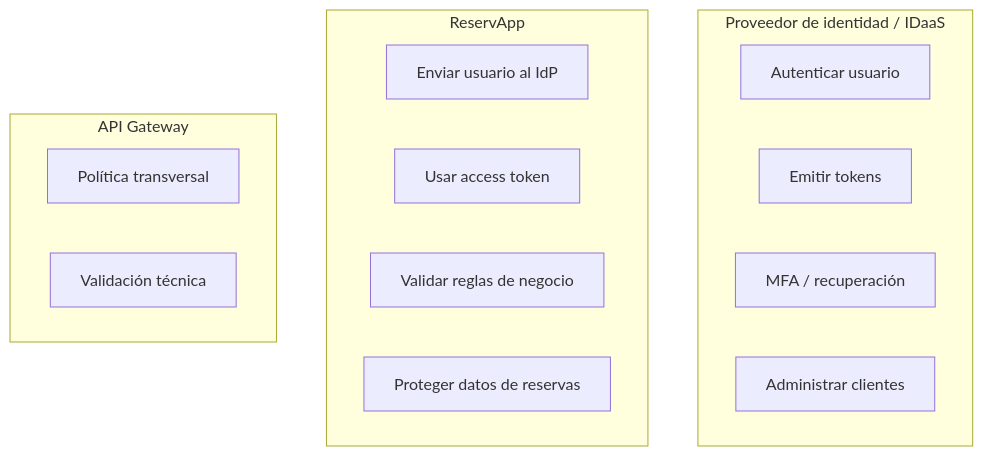
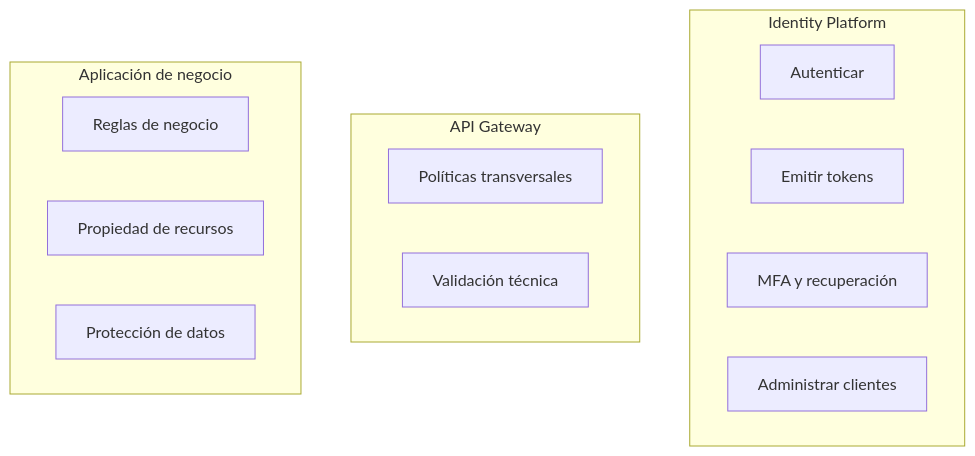
The fourth of 7 diagrams in semanas/semana-02/02-idaas-ciam.md (cmartinezs/DSY1107-DESARROLLO-CLOUD-NATIVE-I-2026-2), drawn with Mermaid before and after one commit. The commit also changed other lines of this file, not shown here.

Commit message:
docs: fix IDaaS content and GitHub-safe Mermaid

````diff
--- a/semanas/semana-02/02-idaas-ciam.md
+++ b/semanas/semana-02/02-idaas-ciam.md
@@ -201,21 +100,20 @@
 ```mermaid
 flowchart TB
-    subgraph IDAAS[Proveedor de identidad / IDaaS]
-        A1[Autenticar usuario]
-        A2[Emitir tokens]
-        A3[MFA / recuperación]
-        A4[Administrar clientes]
+    subgraph ID["Identity Platform"]
+        I1["Autenticar"]
+        I2["Emitir tokens"]
+        I3["MFA y recuperación"]
+        I4["Administrar clientes"]
     end
 
-    subgraph APP[ReservApp]
-        B1[Enviar usuario al IdP]
-        B2[Usar access token]
-        B3[Validar reglas de negocio]
-        B4[Proteger datos de reservas]
+    subgraph GW["API Gateway"]
+        G1["Políticas transversales"]
+        G2["Validación técnica"]
     end
 
-    subgraph GW[API Gateway]
-        C1[Política transversal]
-        C2[Validación técnica]
+    subgraph APP["Aplicación de negocio"]
+        A1["Reglas de negocio"]
+        A2["Propiedad de recursos"]
+        A3["Protección de datos"]
     end
 ```
````
